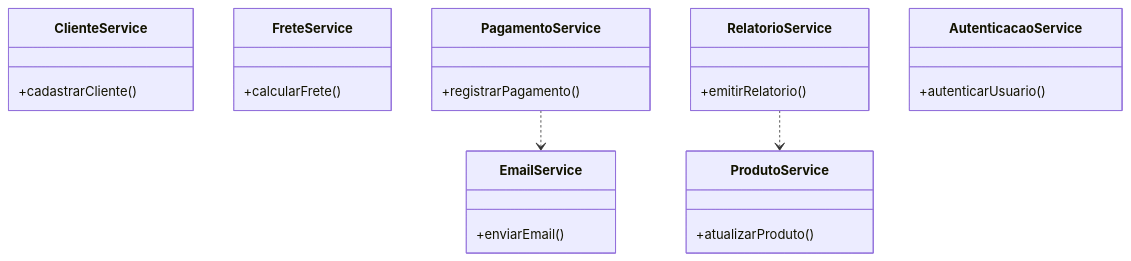
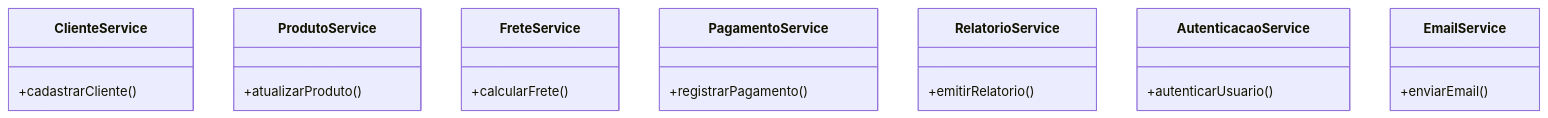
One commit to PedroWatermann/UEM_Eng_Soft changed the sixth of 13 diagrams in 2_ano/4_semestre/AnaliseProjetoSoftware/ListaExercícios/Lista_6.md. Above: the diagram before and after it, drawn with Mermaid. The commit also changed other lines of this file and 1 other file, not shown here.

````diff
--- a/2_ano/4_semestre/AnaliseProjetoSoftware/ListaExercícios/Lista_6.md
+++ b/2_ano/4_semestre/AnaliseProjetoSoftware/ListaExercícios/Lista_6.md
@@ -271,12 +118,10 @@
 ```mermaid
 classDiagram
     class ClienteService { +cadastrarCliente() }
     class ProdutoService { +atualizarProduto() }
     class FreteService { +calcularFrete() }
     class PagamentoService { +registrarPagamento() }
     class RelatorioService { +emitirRelatorio() }
     class AutenticacaoService { +autenticarUsuario() }
     class EmailService { +enviarEmail() }
-    PagamentoService ..> EmailService
-    RelatorioService ..> ProdutoService
 ```
````
